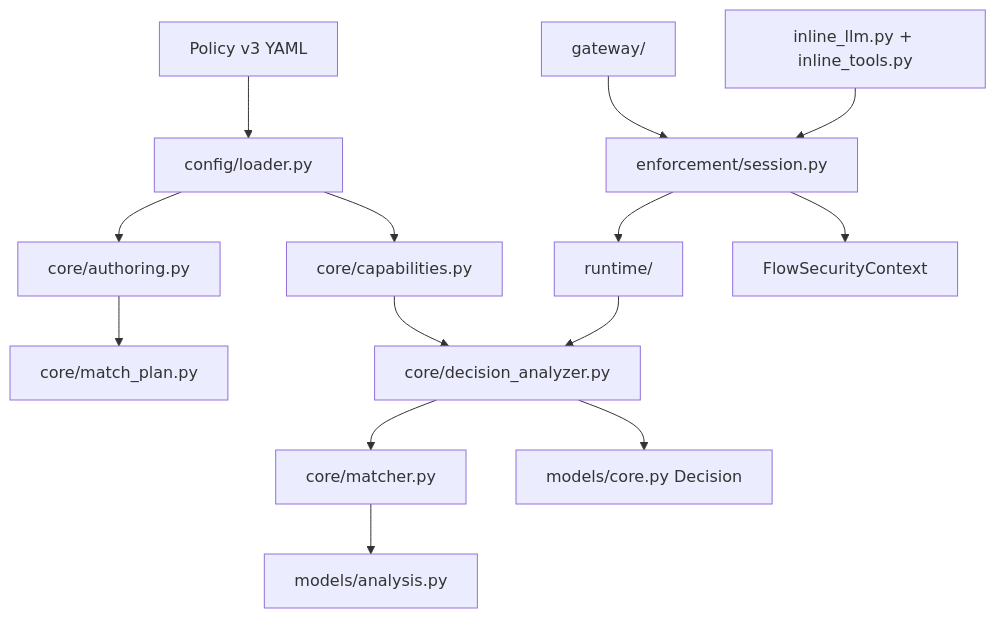
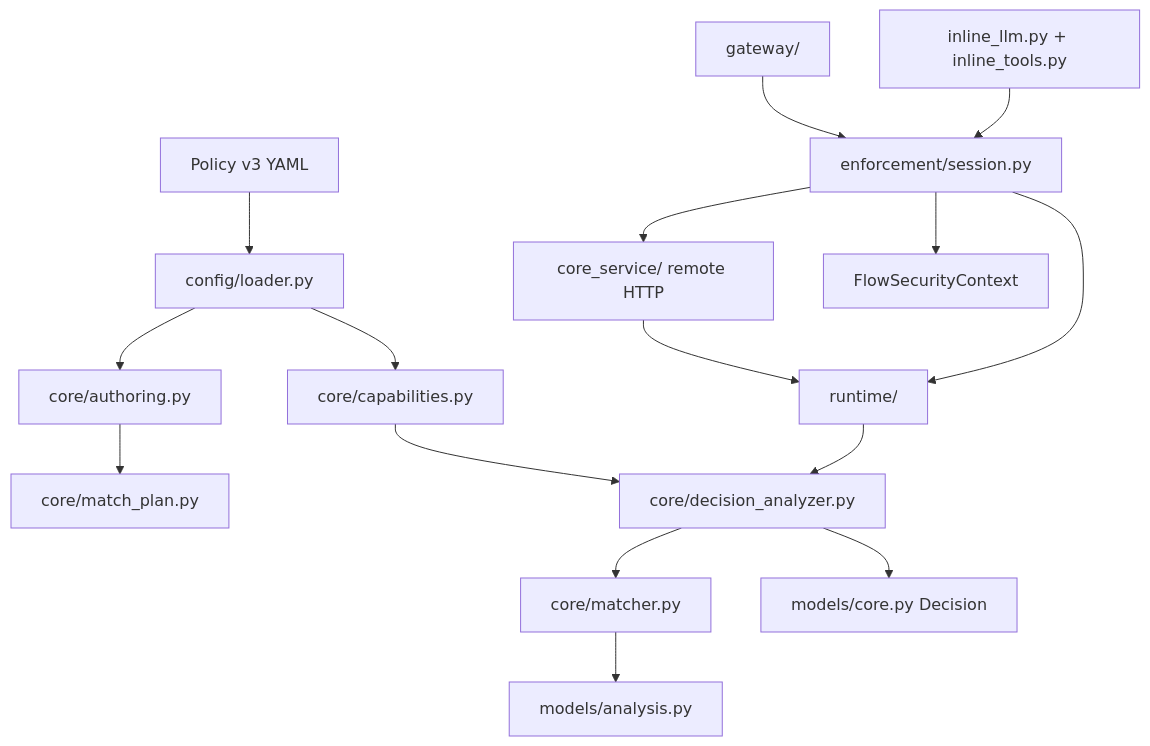
Before and after one commit to cipeizheng/agent-guardrail: the diagram in docs/contributing.md, drawn with Mermaid. The commit also changed other lines of this file and 37 other files, not shown here.

Commit message:
feat: add remote core dual-container deployment

````diff
--- a/docs/contributing.md
+++ b/docs/contributing.md
@@ -20,16 +20,18 @@
 ```mermaid
 flowchart TD
     YAML[Policy v3 YAML] --> Loader[config/loader.py]
     Loader --> Author[core/authoring.py]
     Author --> Plan[core/match_plan.py]
     Loader --> Cap[core/capabilities.py]
     Cap --> Analyzer[core/decision_analyzer.py]
     Analyzer --> Matcher[core/matcher.py]
     Matcher --> Report[models/analysis.py]
     Analyzer --> Decision[models/core.py Decision]
     Runtime[runtime/] --> Analyzer
+    Remote[core_service/ remote HTTP] --> Runtime
     Gateway[gateway/] --> Session[enforcement/session.py]
     Inline[inline_llm.py + inline_tools.py] --> Session
     Session --> Runtime
+    Session --> Remote
     Session --> Security[FlowSecurityContext]
 ```
````
